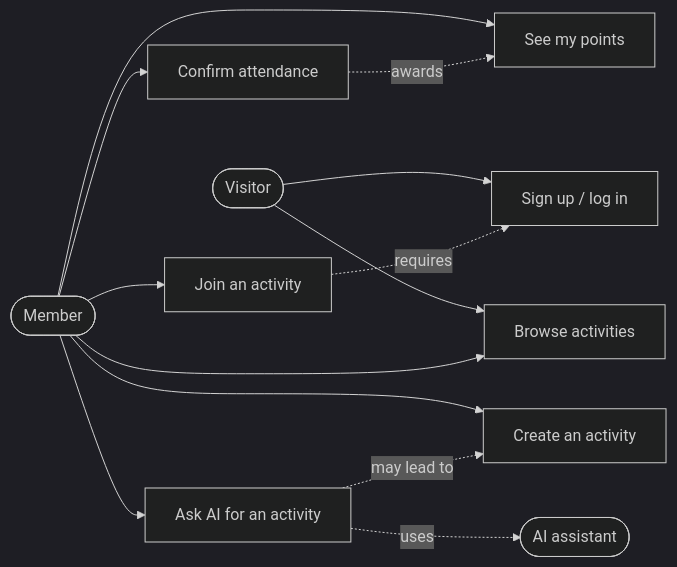
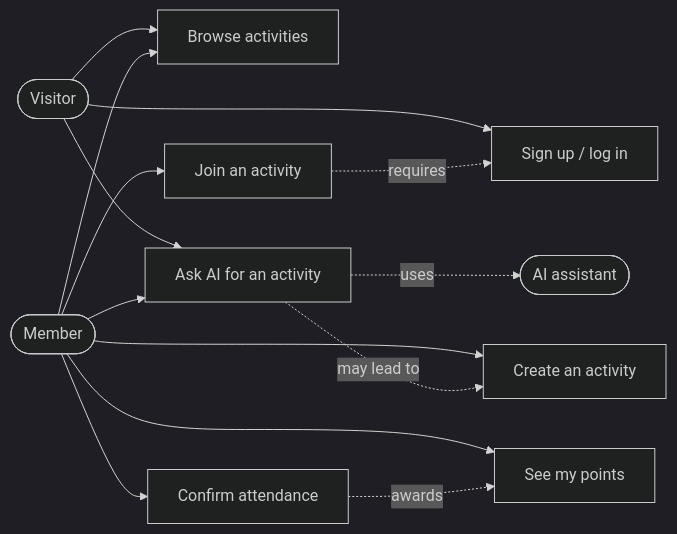
One commit to ElRifeno34/outside-together-codejam changed the first of 7 diagrams in PlanOff.md. Above: the diagram before and after it, drawn with Mermaid (dark theme). The commit also changed other lines of this file and 21 other files, not shown here.

````diff
--- a/PlanOff.md
+++ b/PlanOff.md
@@ -105,19 +105,20 @@
 ```mermaid
 flowchart LR
     V([Visitor])
     M([Member])
     AI([AI assistant])
 
     V --> U1["Browse activities"]
     V --> U2["Sign up / log in"]
+    V --> U3["Ask AI for an activity"]
     M --> U1
-    M --> U3["Ask AI for an activity"]
+    M --> U3
     M --> U4["Join an activity"]
     M --> U5["Create an activity"]
     M --> U6["Confirm attendance"]
     M --> U7["See my points"]
     U3 -.->|uses| AI
     U3 -.->|may lead to| U5
     U4 -.->|requires| U2
     U6 -.->|awards| U7
 ```
````
